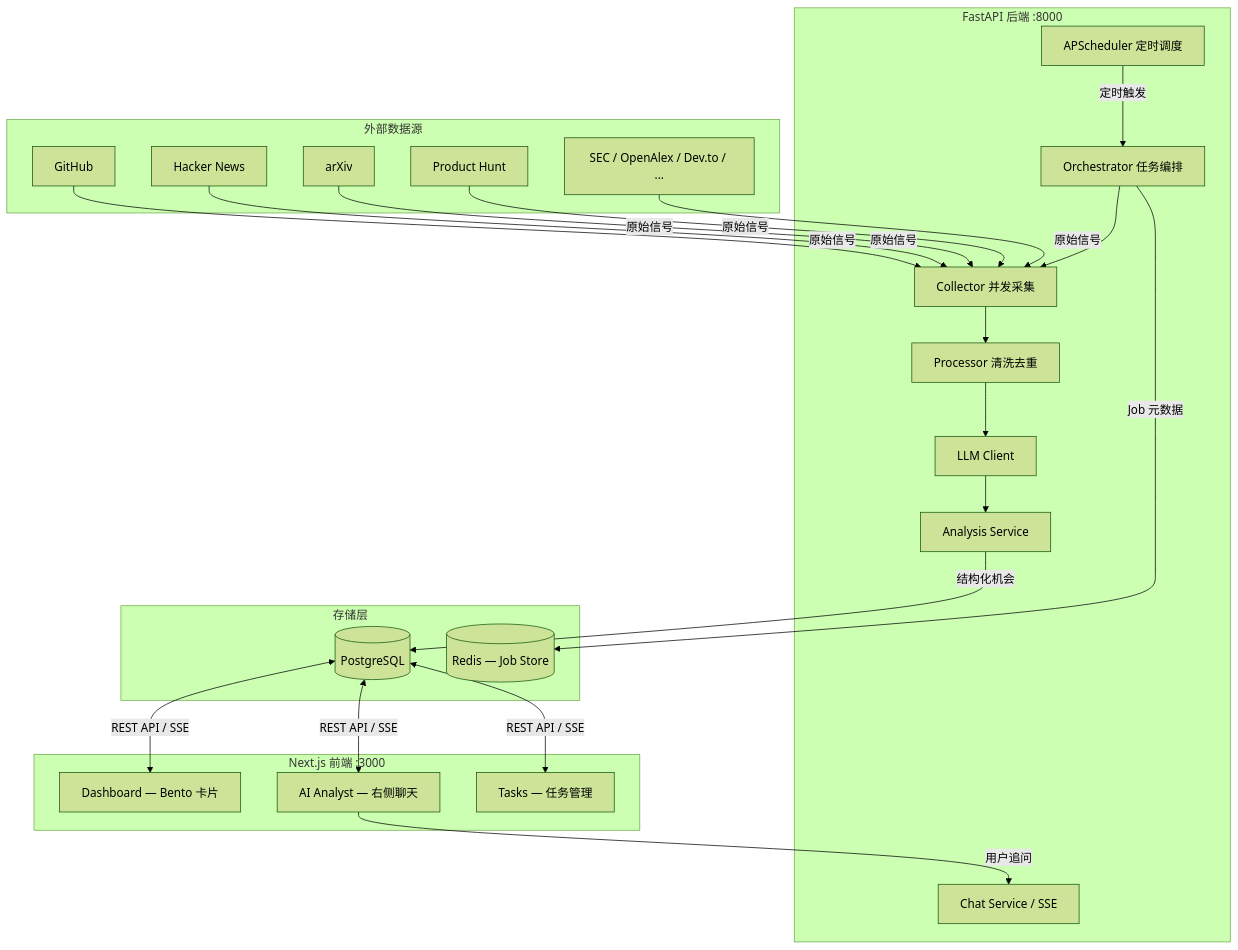
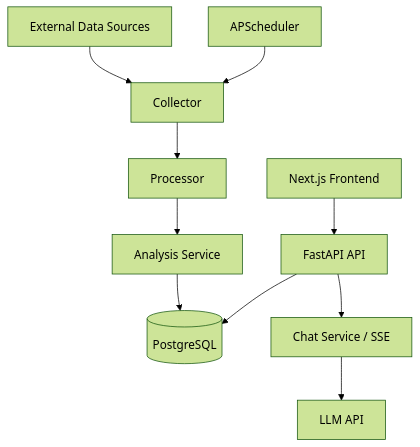
Before and after one commit to KinguYume-G/decypher-ai: the diagram in README.md, drawn with Mermaid (forest theme). The commit also changed other lines of this file and 1 other file, not shown here.

Commit message:
Improve project readiness and fix Next.js build issue

````diff
--- a/README.md
+++ b/README.md
@@ -15,36 +33,13 @@
 ```mermaid
 graph TD
-    subgraph 外部数据源
-        A1[GitHub] & A2[Hacker News] & A3[arXiv]
-        A4[Product Hunt] & A5[SEC / OpenAlex / Dev.to / ...]
-    end
+    A[External Data Sources] --> B[Collector]
+    B --> C[Processor]
+    C --> D[Analysis Service]
+    D --> E[(PostgreSQL)]
+    F[APScheduler] --> B
 
-    subgraph FastAPI 后端 :8000
-        B1[APScheduler 定时调度]
-        B2[Orchestrator 任务编排]
-        B3[Collector 并发采集]
-        B4[Processor 清洗去重]
-        B5[LLM Client]
-        B6[Analysis Service]
-        B7[Chat Service / SSE]
-    end
-
-    subgraph 存储层
-        C1[(PostgreSQL)]
-        C2[(Redis — Job Store)]
-    end
-
-    subgraph Next.js 前端 :3000
-        D1[Dashboard — Bento 卡片]
-        D2[AI Analyst — 右侧聊天]
-        D3[Tasks — 任务管理]
-    end
-
-    A1 & A2 & A3 & A4 & A5 -->|原始信号| B3
-    B1 -->|定时触发| B2
-    B2 --> B3 --> B4 --> B5 --> B6
-    B6 -->|结构化机会| C1
-    B2 -->|Job 元数据| C2
-    C1 <-->|REST API / SSE| D1 & D2 & D3
-    D2 -->|用户追问| B7
+    G[Next.js Frontend] --> H[FastAPI API]
+    H --> E
+    H --> I[Chat Service / SSE]
+    I --> J[LLM API]
 ```
````
